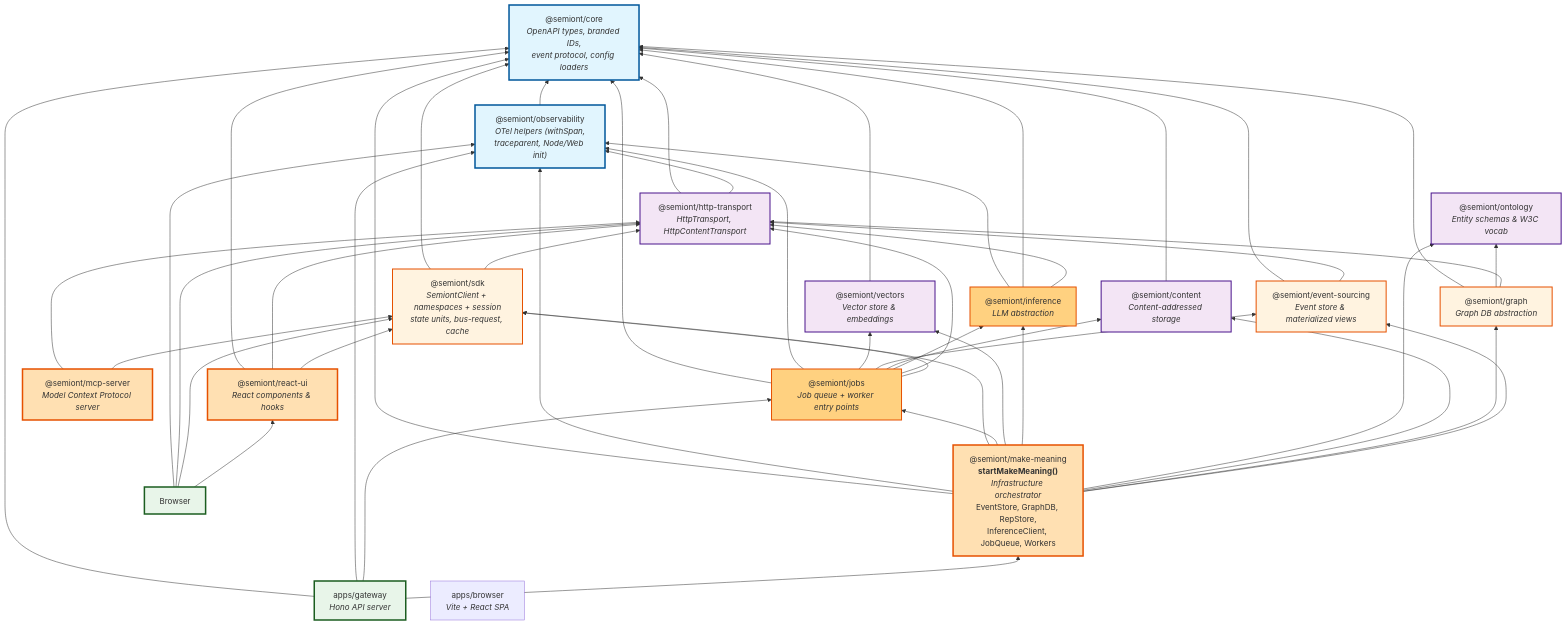
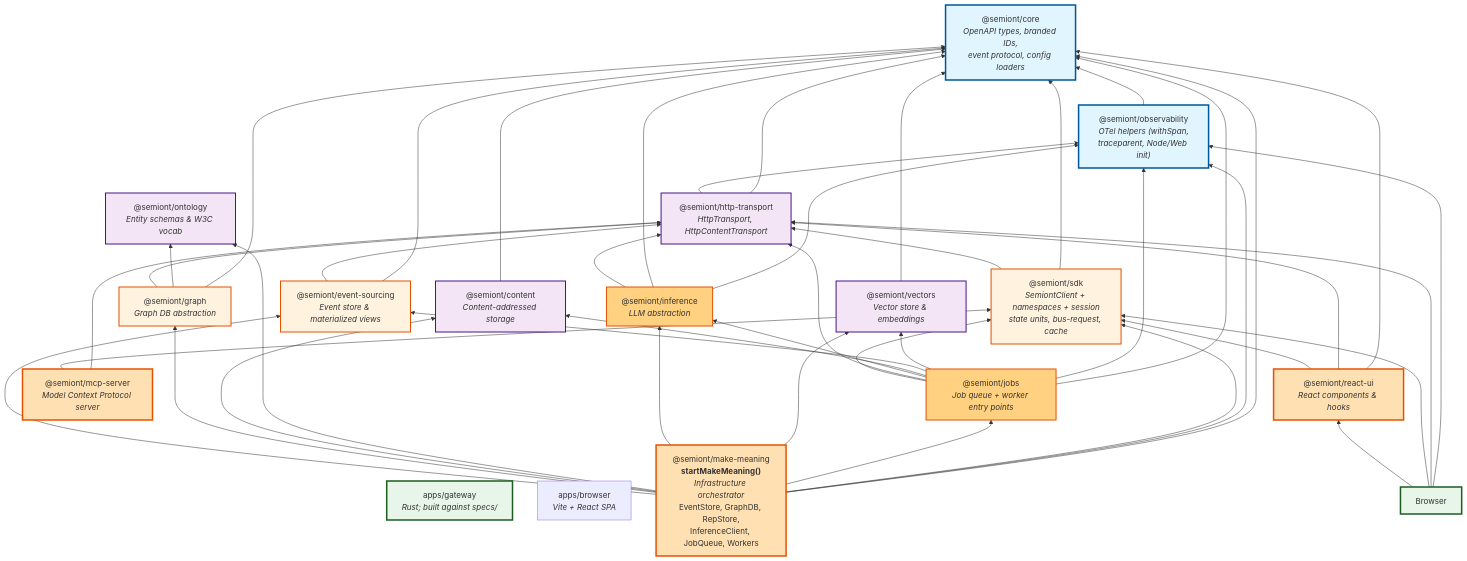
Before and after one commit to The-AI-Alliance/semiont: the diagram in docs/system/PACKAGE-ARCHITECTURE.md, drawn with Mermaid. The commit also changed other lines of this file and 159 other files, not shown here.

First line of the commit message:
The gateway is ported to Rust, built against specs/ and held to the whole conformance suite (#1498)

````diff
--- a/docs/system/PACKAGE-ARCHITECTURE.md
+++ b/docs/system/PACKAGE-ARCHITECTURE.md
@@ -9,7 +9,7 @@
 ```mermaid
 graph BT
     %% Layer 5: Application Consumers
-    gateway["apps/gateway<br/><i>Hono API server</i>"]
+    gateway["apps/gateway<br/><i>Rust; built against specs/</i>"]
     browser["apps/browser<br/><i>Vite + React SPA</i>"]
 
     %% Layer 4: Application Logic
@@ -37,10 +37,6 @@
     obs["@semiont/observability<br/><i>OTel helpers (withSpan,<br/>traceparent, Node/Web init)</i>"]
 
     %% Application dependencies
-    gateway --> meaning
-    gateway --> jobs
-    gateway --> obs
-    gateway --> core
     Browser --> react
     Browser --> sdk
     Browser --> api
````
